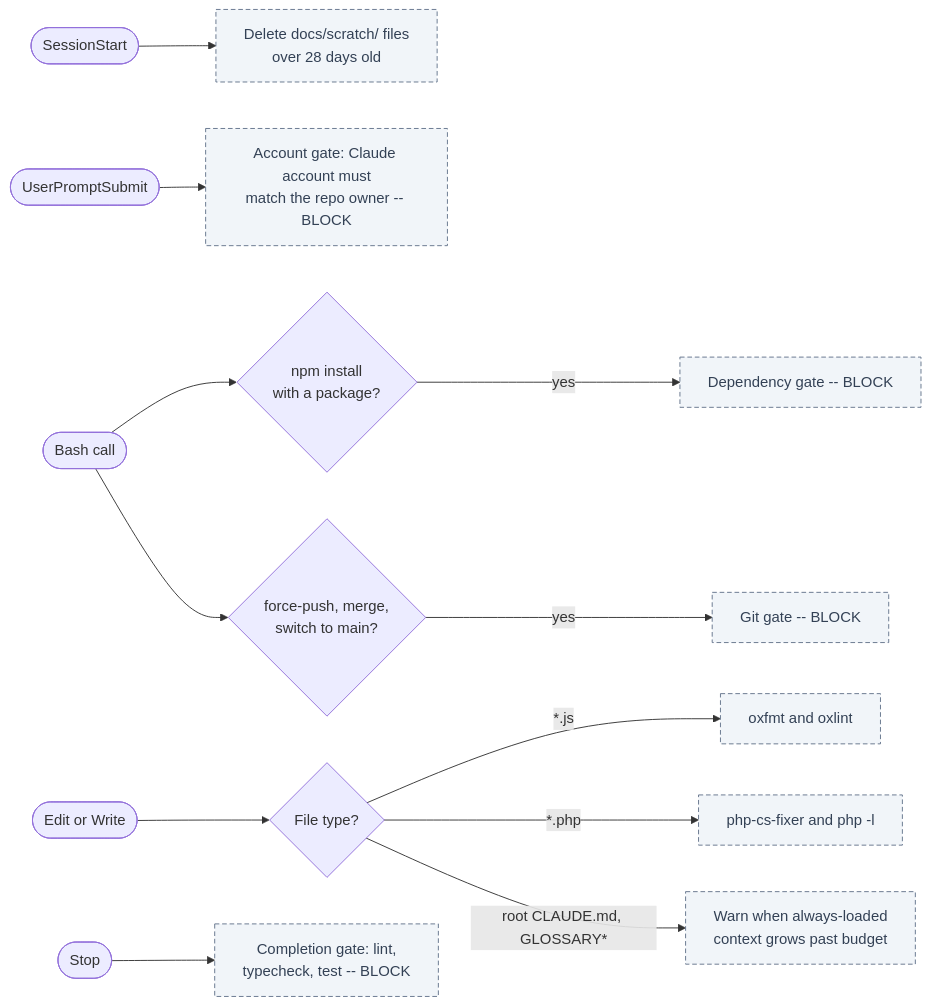
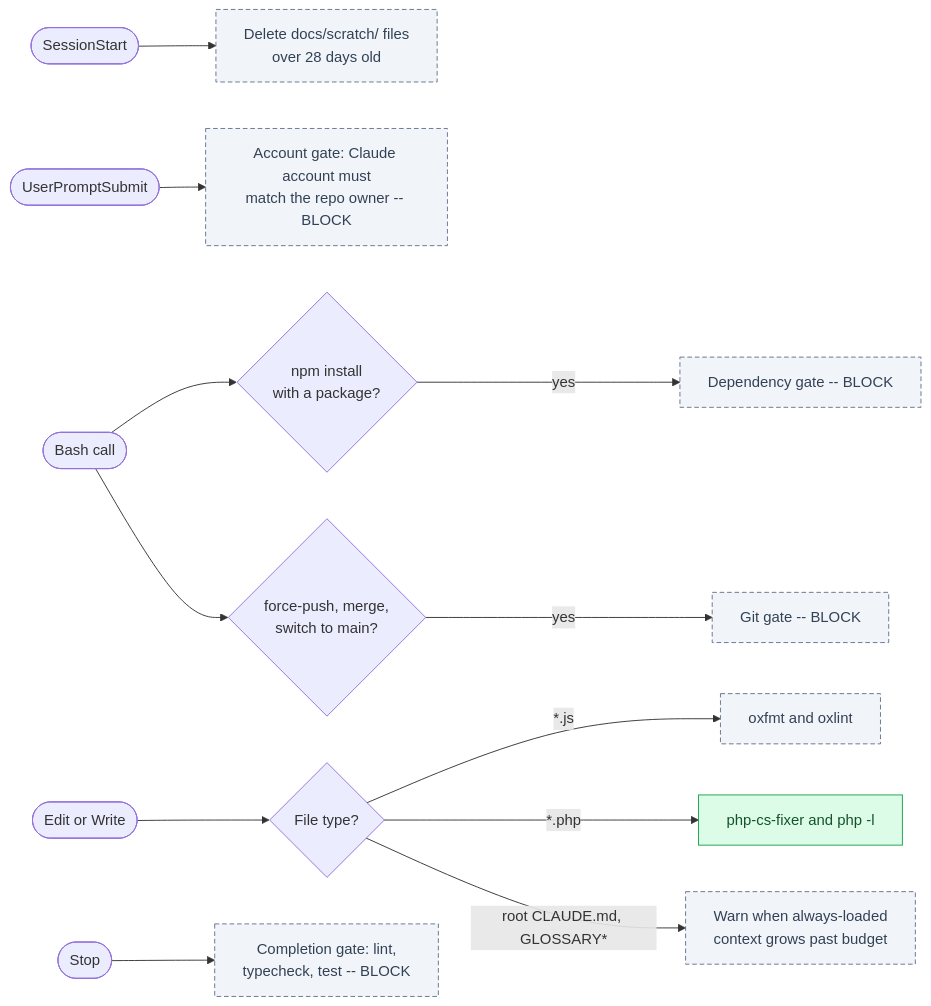
One commit to tforster/agents0 changed the third of 3 diagrams in README.md. Above: the diagram before and after it, drawn with Mermaid. The commit also changed other lines of this file and 2 other files, not shown here.

Commit message:
Address review: git-less files, symlinked path, stale file notice, README diagram (Re: AGEN-24)
A PHP file outside any git repo is a silent no-op. The entry-point guard is gone, so the hook runs when its path contains a symlink; readProductionPhp is now private and tested through the child process. When php-cs-fixer rewrites the file, Claude is told to re-read it, in additionalContext or appended to a block reason. The README enforcement diagram marks the PHP hook as existing.

````diff
--- a/README.md
+++ b/README.md
@@ -114,16 +114,17 @@
 ```mermaid
 flowchart LR
   sessionStart(["SessionStart"]) --> retention["Delete docs/scratch/ files<br/>over 28 days old"]:::planned
   prompt(["UserPromptSubmit"]) --> account["Account gate: Claude account must<br/>match the repo owner -- BLOCK"]:::planned
   bash(["Bash call"]) --> install{"npm install<br/>with a package?"}
   install -- yes --> depGate["Dependency gate -- BLOCK"]:::planned
   bash --> git{"force-push, merge,<br/>switch to main?"}
   git -- yes --> gitGate["Git gate -- BLOCK"]:::planned
   edit(["Edit or Write"]) --> fileType{"File type?"}
   fileType -- "*.js" --> jsLint["oxfmt and oxlint"]:::planned
-  fileType -- "*.php" --> phpLint["php-cs-fixer and php -l"]:::planned
+  fileType -- "*.php" --> phpLint["php-cs-fixer and php -l"]:::exists
   fileType -- "root CLAUDE.md, GLOSSARY*" --> budget["Warn when always-loaded<br/>context grows past budget"]:::planned
   stop(["Stop"]) --> completion["Completion gate: lint,<br/>typecheck, test -- BLOCK"]:::planned
 
+  classDef exists fill:#dcfce7,stroke:#16a34a,color:#14532d
   classDef planned fill:#f1f5f9,stroke:#64748b,color:#334155,stroke-dasharray:5 3
 ```
````
